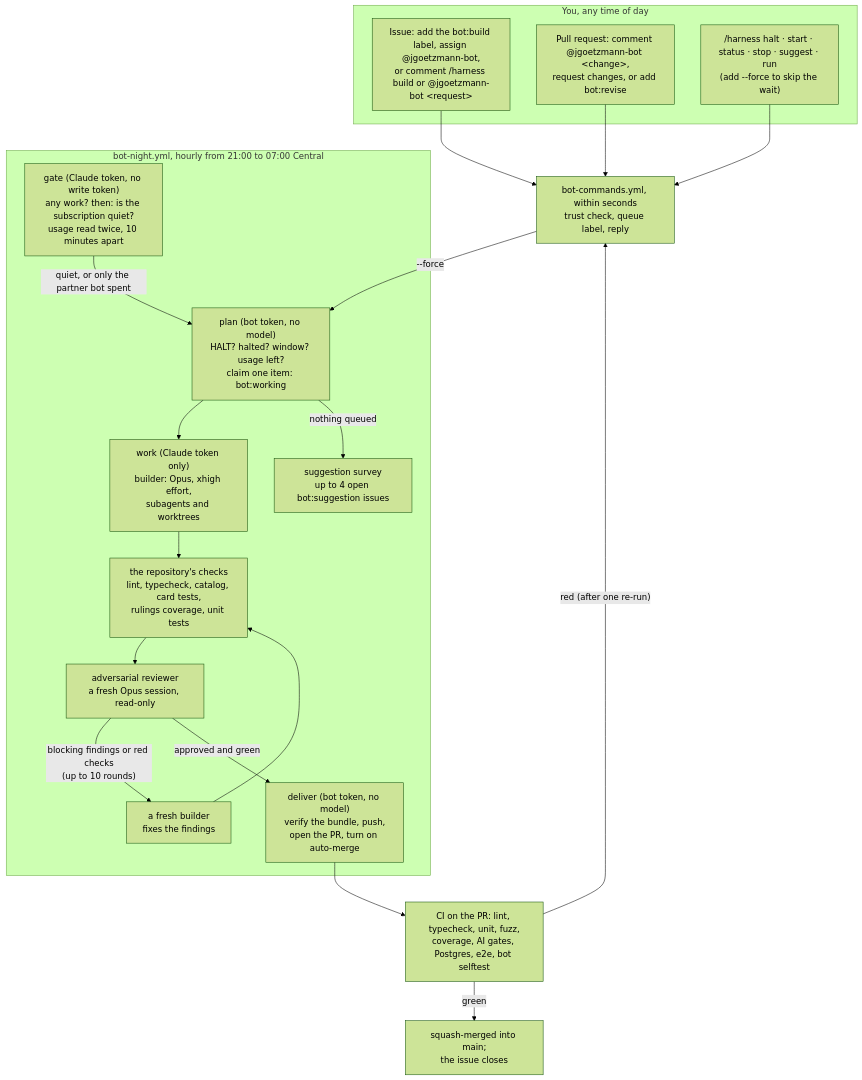
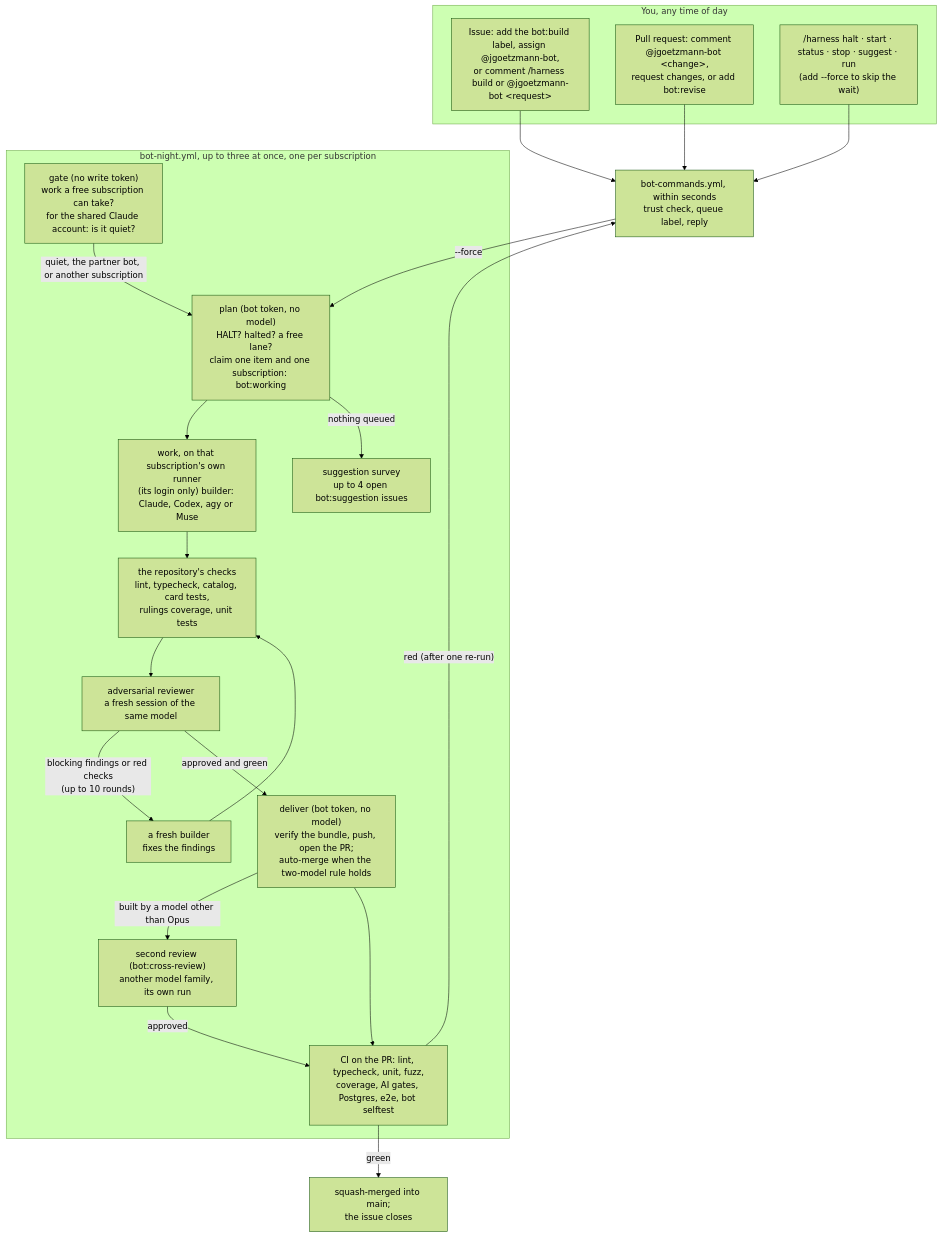
The diagram in bot/README.md (Jlore-Studios/JackiOh), drawn with Mermaid (forest theme) before and after one commit. The commit also changed other lines of this file and 46 other files, not shown here.

First line of the commit message:
The night bot works on several subscriptions at once, each on its own runner on the bot's machine: four Claude accounts, Codex, agy and Muse (#81)

````diff
--- a/bot/README.md
+++ b/bot/README.md
@@ -13,28 +19,30 @@
 ```mermaid
 flowchart TD
   subgraph you["You, any time of day"]
     I["Issue: add the bot:build label, assign @jgoetzmann-bot,<br/>or comment /harness build or @jgoetzmann-bot &lt;request&gt;"]
     P["Pull request: comment @jgoetzmann-bot &lt;change&gt;,<br/>request changes, or add bot:revise"]
     K["/harness halt · start · status · stop · suggest · run<br/>(add --force to skip the wait)"]
   end
   I --> E
   P --> E
   K --> E
   E["bot-commands.yml, within seconds<br/>trust check, queue label, reply"]
   E -- "--force" --> PL
-  subgraph night["bot-night.yml, hourly from 21:00 to 07:00 Central"]
-    GA["gate (Claude token, no write token)<br/>any work? then: is the subscription quiet?<br/>usage read twice, 10 minutes apart"]
-    GA -- "quiet, or only the partner bot spent" --> PL
-    PL["plan (bot token, no model)<br/>HALT? halted? window? usage left?<br/>claim one item: bot:working"]
-    PL --> B["work (Claude token only)<br/>builder: Opus, xhigh effort,<br/>subagents and worktrees"]
+  subgraph night["bot-night.yml, up to three at once, one per subscription"]
+    GA["gate (no write token)<br/>work a free subscription can take?<br/>for the shared Claude account: is it quiet?"]
+    GA -- "quiet, the partner bot, or another subscription" --> PL
+    PL["plan (bot token, no model)<br/>HALT? halted? a free lane?<br/>claim one item and one subscription: bot:working"]
+    PL --> B["work, on that subscription's own runner<br/>(its login only) builder: Claude, Codex, agy or Muse"]
     B --> G["the repository's checks<br/>lint, typecheck, catalog, card tests,<br/>rulings coverage, unit tests"]
-    G --> R["adversarial reviewer<br/>a fresh Opus session, read-only"]
+    G --> R["adversarial reviewer<br/>a fresh session of the same model"]
     R -- "blocking findings or red checks<br/>(up to 10 rounds)" --> F["a fresh builder<br/>fixes the findings"]
     F --> G
-    R -- "approved and green" --> D["deliver (bot token, no model)<br/>verify the bundle, push,<br/>open the PR, turn on auto-merge"]
+    R -- "approved and green" --> D["deliver (bot token, no model)<br/>verify the bundle, push, open the PR;<br/>auto-merge when the two-model rule holds"]
+    D -- "built by a model other than Opus" --> X["second review (bot:cross-review)<br/>another model family, its own run"]
+    X -- "approved" --> CI
     PL -- "nothing queued" --> S["suggestion survey<br/>up to 4 open bot:suggestion issues"]
   end
   D --> CI["CI on the PR: lint, typecheck, unit, fuzz,<br/>coverage, AI gates, Postgres, e2e, bot selftest"]
   CI -- "green" --> M["squash-merged into main;<br/>the issue closes"]
   CI -- "red (after one re-run)" --> E
 ```
````
